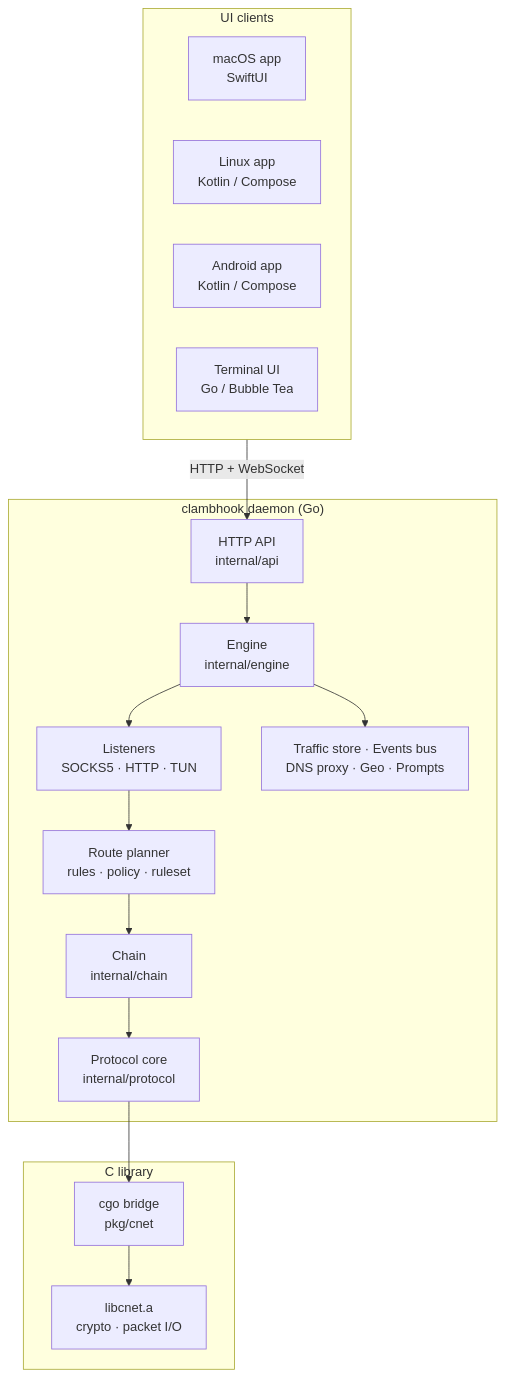
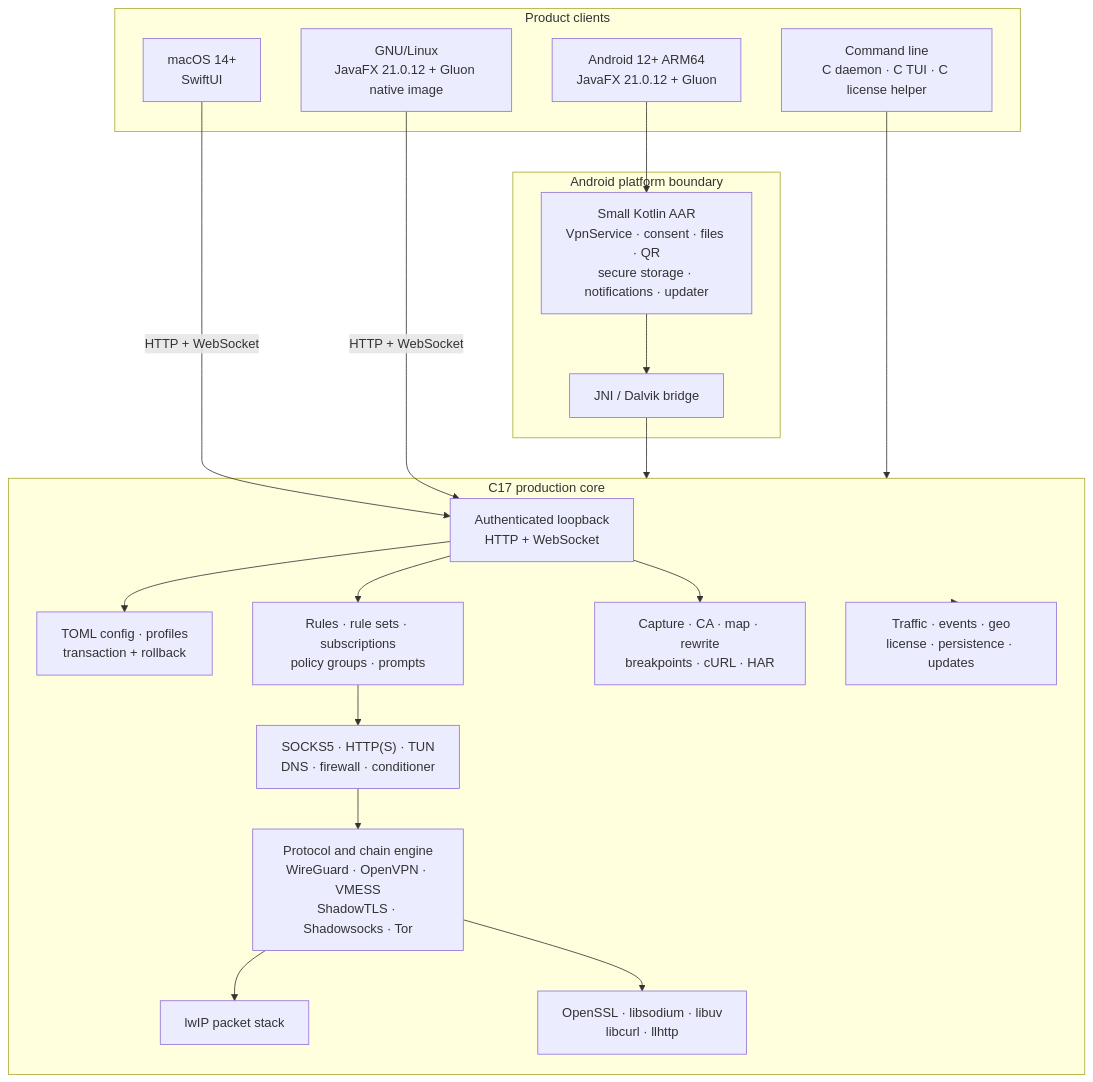
Before and after one commit to JohnThre/clambhook: the first of 4 diagrams in README.md, drawn with Mermaid. The commit also changed other lines of this file and 2294 other files, not shown here.

First line of the commit message:
Complete C17 and JavaFX/Gluon cutover

````diff
--- a/README.md
+++ b/README.md
@@ -34,30 +16,38 @@
 ```mermaid
-graph TD
-    subgraph clients["UI clients"]
-        mac["macOS app<br/>SwiftUI"]
-        linux["Linux app<br/>Kotlin / Compose"]
-        android["Android app<br/>Kotlin / Compose"]
-        tui["Terminal UI<br/>Go / Bubble Tea"]
+flowchart TB
+    subgraph clients["Product clients"]
+        mac["macOS 14+<br/>SwiftUI"]
+        linux["GNU/Linux<br/>JavaFX 21.0.12 + Gluon native image"]
+        android["Android 12+ ARM64<br/>JavaFX 21.0.12 + Gluon"]
+        tools["Command line<br/>C daemon · C TUI · C license helper"]
     end
 
-    subgraph daemon["clambhook daemon (Go)"]
-        api["HTTP API<br/>internal/api"]
-        engine["Engine<br/>internal/engine"]
-        listeners["Listeners<br/>SOCKS5 · HTTP · TUN"]
-        router["Route planner<br/>rules · policy · ruleset"]
-        chain["Chain<br/>internal/chain"]
-        protocols["Protocol core<br/>internal/protocol"]
-        support["Traffic store · Events bus<br/>DNS proxy · Geo · Prompts"]
+    subgraph androidPlatform["Android platform boundary"]
+        kotlin["Small Kotlin AAR<br/>VpnService · consent · files · QR<br/>secure storage · notifications · updater"]
+        jni["JNI / Dalvik bridge"]
     end
 
-    subgraph native["C library"]
-        cnet["cgo bridge<br/>pkg/cnet"]
-        clib["libcnet.a<br/>crypto · packet I/O"]
+    subgraph core["C17 production core"]
+        control["Authenticated loopback<br/>HTTP + WebSocket"]
+        config["TOML config · profiles<br/>transaction + rollback"]
+        routing["Rules · rule sets · subscriptions<br/>policy groups · prompts"]
+        network["SOCKS5 · HTTP(S) · TUN<br/>DNS · firewall · conditioner"]
+        protocols["Protocol and chain engine<br/>WireGuard · OpenVPN · VMESS<br/>ShadowTLS · Shadowsocks · Tor"]
+        developer["Capture · CA · map · rewrite<br/>breakpoints · cURL · HAR"]
+        support["Traffic · events · geo<br/>license · persistence · updates"]
+        lwip["lwIP packet stack"]
+        crypto["OpenSSL · libsodium · libuv<br/>libcurl · llhttp"]
     end
 
-    clients -->|HTTP + WebSocket| api
-    api --> engine
-    engine --> listeners --> router --> chain --> protocols
-    engine --> support
-    protocols --> cnet --> clib
+    mac -->|HTTP + WebSocket| control
+    linux -->|HTTP + WebSocket| control
+    android --> kotlin --> jni --> core
+    tools --> core
+    control --> config
+    control --> routing
+    control --> developer
+    routing --> network --> protocols
+    protocols --> lwip
+    protocols --> crypto
+    core --> support
 ```
````
